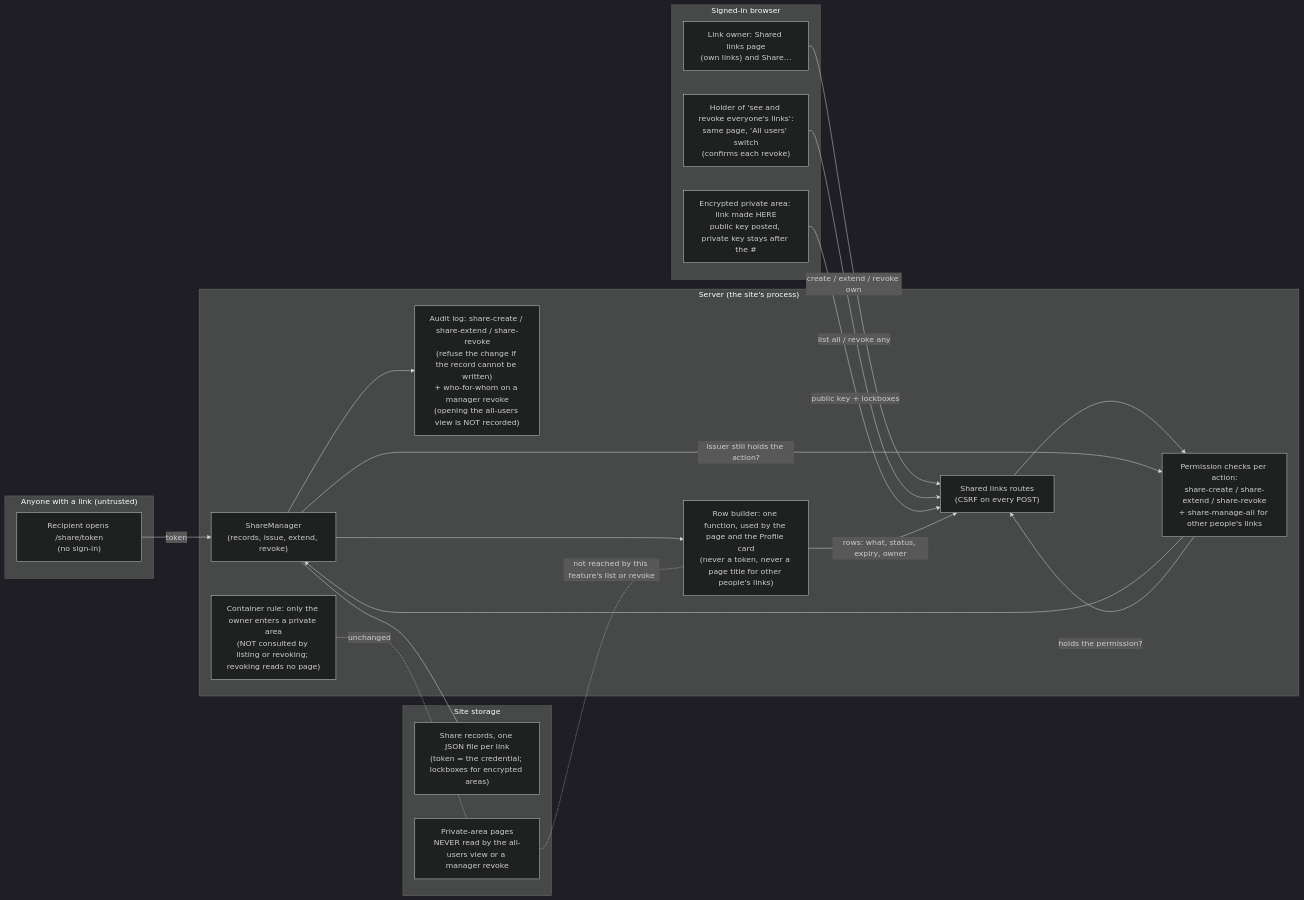
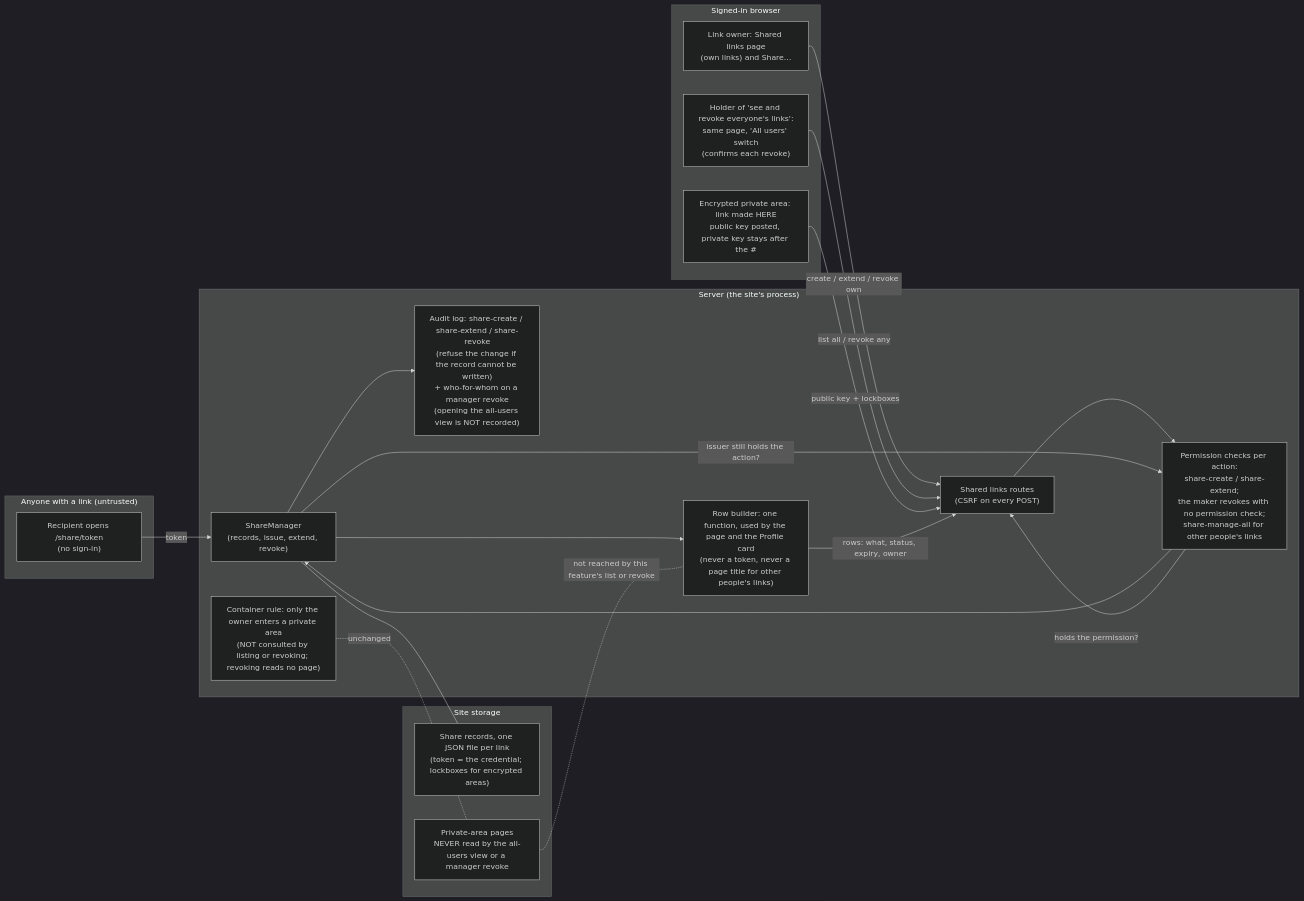
The diagram in docs/design/shared-links.md (jwilleke/ngdpbase), drawn with Mermaid (dark theme) before and after one commit. The commit also changed other lines of this file, not shown here.

Commit message:
docs(design): shared links, apply Q-A to Q-D answers on who may revoke

````diff
--- a/docs/design/shared-links.md
+++ b/docs/design/shared-links.md
@@ -80,39 +89,39 @@
 ```mermaid
 flowchart LR
   subgraph PUB["Anyone with a link (untrusted)"]
     REC["Recipient opens /share/token<br/>(no sign-in)"]
   end
 
   subgraph BROWSER["Signed-in browser"]
     OWN["Link owner: Shared links page<br/>(own links) and Share…"]
     MGR["Holder of 'see and revoke everyone's links':<br/>same page, 'All users' switch<br/>(confirms each revoke)"]
     ENC["Encrypted private area: link made HERE<br/>public key posted, private key stays after the #"]
   end
 
   subgraph SERVER["Server (the site's process)"]
     ROUTES["Shared links routes<br/>(CSRF on every POST)"]
-    CHECK["Permission checks per action:<br/>share-create / share-extend / share-revoke<br/>+ share-manage-all for other people's links"]
+    CHECK["Permission checks per action:<br/>share-create / share-extend;<br/>the maker revokes with no permission check;<br/>share-manage-all for other people's links"]
     ROWS["Row builder: one function, used by the page and the Profile card<br/>(never a token, never a page title for other people's links)"]
     SM["ShareManager<br/>(records, issue, extend, revoke)"]
     AUD["Audit log: share-create / share-extend / share-revoke<br/>(refuse the change if the record cannot be written)<br/>+ who-for-whom on a manager revoke<br/>(opening the all-users view is NOT recorded)"]
     DOOR["Container rule: only the owner enters a private area<br/>(NOT consulted by listing or revoking; revoking reads no page)"]
   end
 
   subgraph STORE["Site storage"]
     REG["Share records, one JSON file per link<br/>(token = the credential; lockboxes for encrypted areas)"]
     VAULT["Private-area pages<br/>NEVER read by the all-users view or a manager revoke"]
   end
 
   OWN -->|"create / extend / revoke own"| ROUTES
   MGR -->|"list all / revoke any"| ROUTES
   ENC -->|"public key + lockboxes"| ROUTES
   ROUTES --> CHECK --> SM
   CHECK -->|"holds the permission?"| ROUTES
   SM --> AUD
   SM --- REG
   SM --> ROWS -->|"rows: what, status, expiry, owner"| ROUTES
   REC -->|"token"| SM
   SM -->|"issuer still holds the action?"| CHECK
   VAULT -. "not reached by this feature's list or revoke" .- ROWS
   DOOR -. "unchanged" .- VAULT
 ```
````
